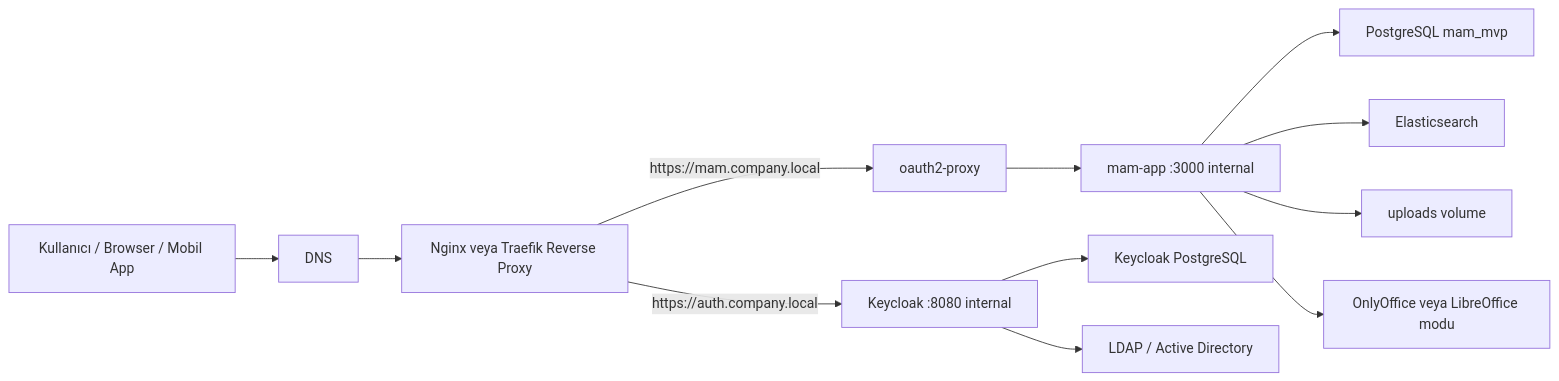
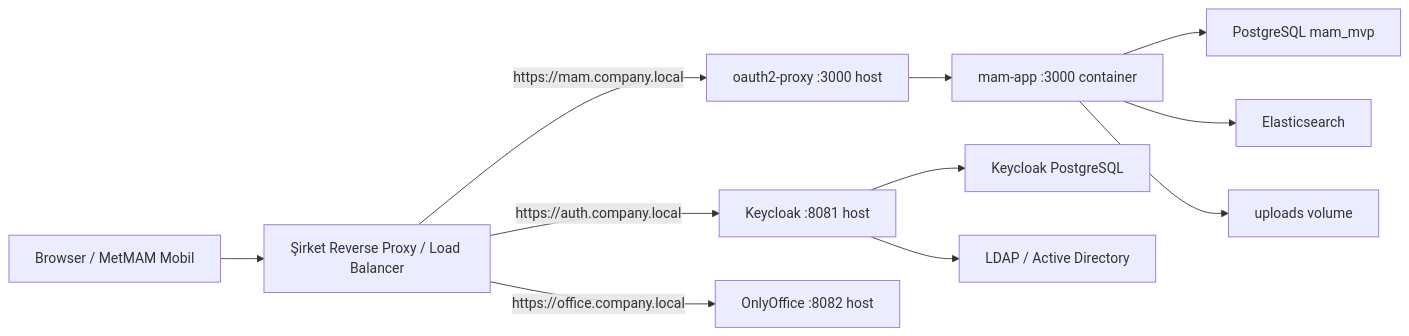
One commit to takmasakal/mam_deneme changed the diagram in docs/company-server-deploy.md. Above: the diagram before and after it, drawn with Mermaid. The commit also changed other lines of this file and 7 other files, not shown here.

Commit message:
Remove bundled company reverse proxy profile

````diff
--- a/docs/company-server-deploy.md
+++ b/docs/company-server-deploy.md
@@ -22,18 +9,13 @@
 ```mermaid
 flowchart LR
-  U["Kullanıcı / Browser / Mobil App"] --> DNS["DNS"]
-  DNS --> RP["Nginx veya Traefik Reverse Proxy"]
-
-  RP -->|https://mam.company.local| OP["oauth2-proxy"]
-  OP --> APP["mam-app :3000 internal"]
-
-  RP -->|https://auth.company.local| KC["Keycloak :8080 internal"]
-
+  U["Browser / MetMAM Mobil"] --> RP["Şirket Reverse Proxy / Load Balancer"]
+  RP -->|https://mam.company.local| OP["oauth2-proxy :3000 host"]
+  RP -->|https://auth.company.local| KC["Keycloak :8081 host"]
+  RP -->|https://office.company.local| OO["OnlyOffice :8082 host"]
+  OP --> APP["mam-app :3000 container"]
   APP --> PG["PostgreSQL mam_mvp"]
   APP --> ES["Elasticsearch"]
   APP --> UP["uploads volume"]
-  APP --> OO["OnlyOffice veya LibreOffice modu"]
-
   KC --> KCPG["Keycloak PostgreSQL"]
   KC --> LDAP["LDAP / Active Directory"]
 ```
````
